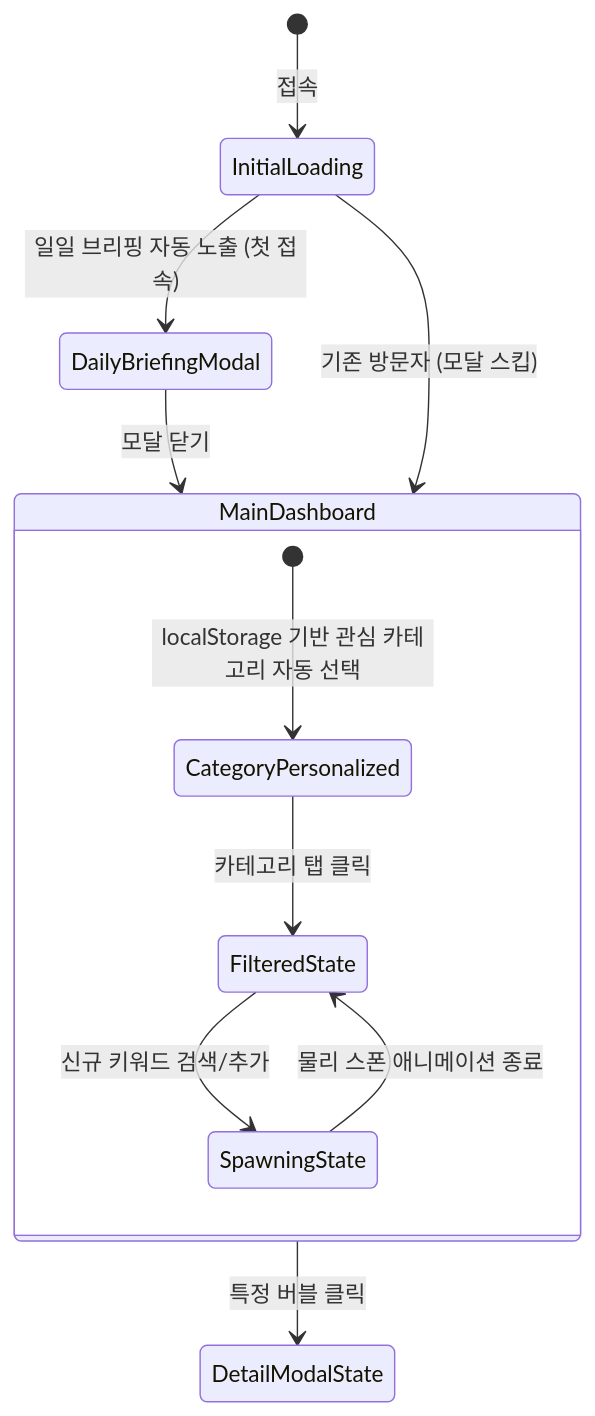
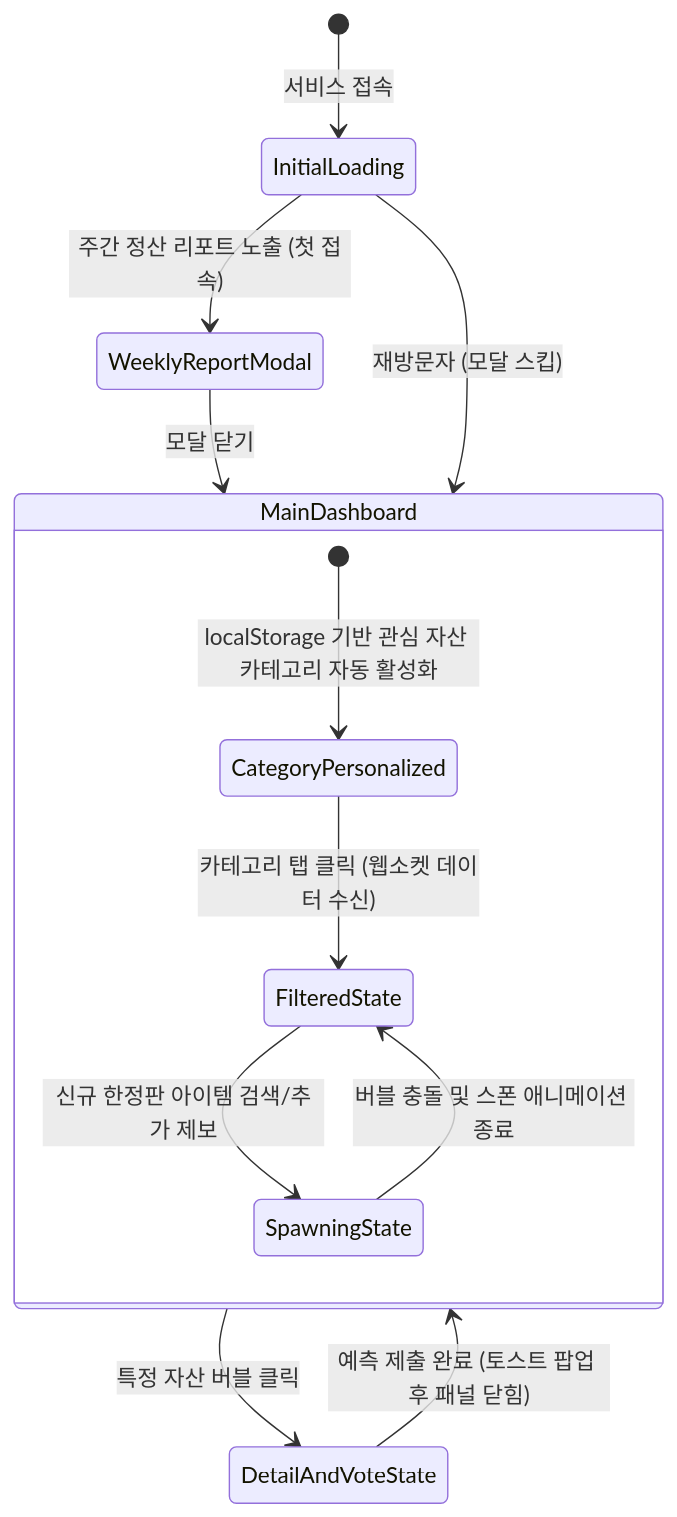
The diagram in git_wiki_planning.md (Mureung1/hub-showcase), drawn with Mermaid before and after one commit. The commit also changed other lines of this file and 5 other files, not shown here.

````diff
--- a/git_wiki_planning.md
+++ b/git_wiki_planning.md
@@ -134,16 +150,18 @@
 ```mermaid
 stateDiagram-v2
-    [*] --> InitialLoading : 접속
-    InitialLoading --> DailyBriefingModal : 일일 브리핑 자동 노출 (첫 접속)
-    DailyBriefingModal --> MainDashboard : 모달 닫기
-    InitialLoading --> MainDashboard : 기존 방문자 (모달 스킵)
+    [*] --> InitialLoading : 서비스 접속
+    InitialLoading --> WeeklyReportModal : 주간 정산 리포트 노출 (첫 접속)
+    WeeklyReportModal --> MainDashboard : 모달 닫기
+    InitialLoading --> MainDashboard : 재방문자 (모달 스킵)
     
     state MainDashboard {
-        [*] --> CategoryPersonalized : localStorage 기반 관심 카테고리 자동 선택
-        CategoryPersonalized --> FilteredState : 카테고리 탭 클릭
-        FilteredState --> SpawningState : 신규 키워드 검색/추가
-        SpawningState --> FilteredState : 물리 스폰 애니메이션 종료
+        [*] --> CategoryPersonalized : localStorage 기반 관심 자산 카테고리 자동 활성화
+        CategoryPersonalized --> FilteredState : 카테고리 탭 클릭 (웹소켓 데이터 수신)
+        FilteredState --> SpawningState : 신규 한정판 아이템 검색/추가 제보
+        SpawningState --> FilteredState : 버블 충돌 및 스폰 애니메이션 종료
     }
 
-    MainDashboard --> DetailModalState : 특정 버블 클릭
+    MainDashboard --> DetailAndVoteState : 특정 자산 버블 클릭
+    DetailAndVoteState --> MainDashboard : 예측 제출 완료 (토스트 팝업 후 패널 닫힘)
+
 ```
````
